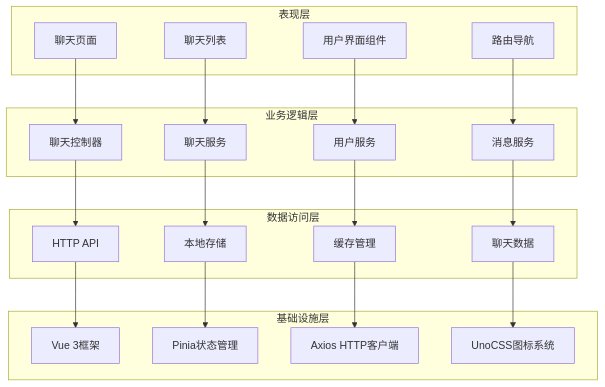
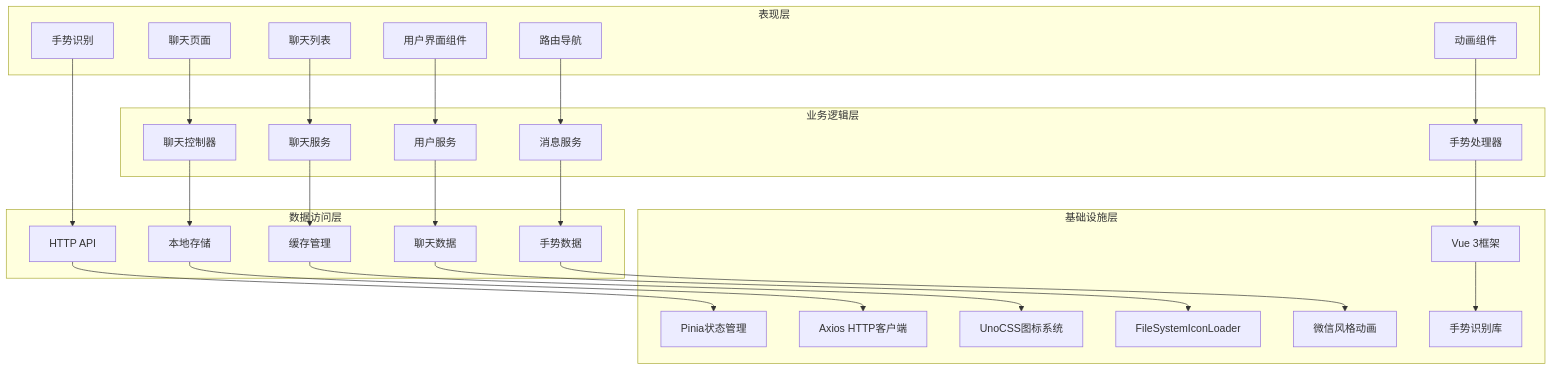
The second of 15 diagrams in .qoder/repowiki/zh/content/核心系统/聊天系统.md (giserman001/vue3-vant4-mobile), drawn with Mermaid before and after one commit. The commit also changed other lines of this file and 3 other files, not shown here.

````diff
--- a/.qoder/repowiki/zh/content/核心系统/聊天系统.md
+++ b/.qoder/repowiki/zh/content/核心系统/聊天系统.md
@@ -154,39 +174,51 @@
 ```mermaid
 graph TD
 subgraph "表现层"
 A[聊天页面]
 B[聊天列表]
 C[用户界面组件]
 D[路由导航]
+E[动画组件]
+F[手势识别]
 end
 subgraph "业务逻辑层"
-E[聊天控制器]
-F[聊天服务]
-G[用户服务]
-H[消息服务]
+G[聊天控制器]
+H[聊天服务]
+I[用户服务]
+J[消息服务]
+K[手势处理器]
 end
 subgraph "数据访问层"
-I[HTTP API]
-J[本地存储]
-K[缓存管理]
-L[聊天数据]
+L[HTTP API]
+M[本地存储]
+N[缓存管理]
+O[聊天数据]
+P[手势数据]
 end
 subgraph "基础设施层"
-M[Vue 3框架]
-N[Pinia状态管理]
-O[Axios HTTP客户端]
-P[UnoCSS图标系统]
+Q[Vue 3框架]
+R[Pinia状态管理]
+S[Axios HTTP客户端]
+T[UnoCSS图标系统]
+U[FileSystemIconLoader]
+V[微信风格动画]
+W[手势识别库]
 end
-A --> E
-B --> F
-C --> G
-D --> H
-E --> I
-F --> J
-G --> K
-H --> L
-I --> M
-J --> N
-K --> O
-L --> P
+A --> G
+B --> H
+C --> I
+D --> J
+E --> K
+F --> L
+G --> M
+H --> N
+I --> O
+J --> P
+K --> Q
+L --> R
+M --> S
+N --> T
+O --> U
+P --> V
+Q --> W
 ```
````
